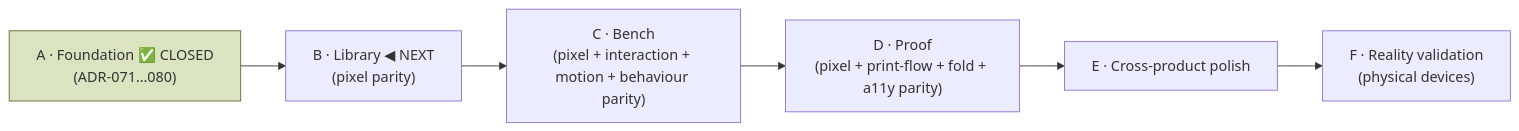
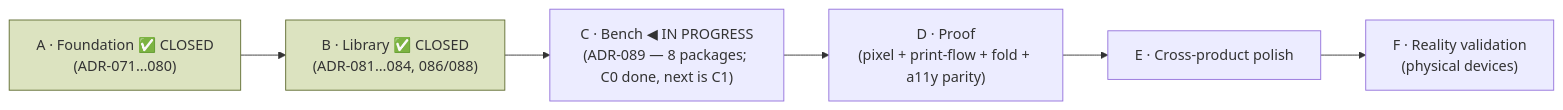
The diagram in docs/COMPOSE-V2-ROADMAP.md (aritr-codes/zinely-android), drawn with Mermaid before and after one commit. The commit also changed other lines of this file and 5 other files, not shown here.

First line of the commit message:
docs(bench): C0 — the corpus stops contradicting its own freeze (ADR-089, D-001/D-010)

````diff
--- a/docs/COMPOSE-V2-ROADMAP.md
+++ b/docs/COMPOSE-V2-ROADMAP.md
@@ -34,9 +34,10 @@
 ```mermaid
 flowchart LR
-    A["A · Foundation ✅ CLOSED\n(ADR-071…080)"] --> B["B · Library ◀ NEXT\n(pixel parity)"]
-    B --> C["C · Bench\n(pixel + interaction + motion + behaviour parity)"]
+    A["A · Foundation ✅ CLOSED\n(ADR-071…080)"] --> B["B · Library ✅ CLOSED\n(ADR-081…084, 086/088)"]
+    B --> C["C · Bench ◀ IN PROGRESS\n(ADR-089 — 8 packages; C0 done, next is C1)"]
     C --> D["D · Proof\n(pixel + print-flow + fold + a11y parity)"]
     D --> E["E · Cross-product polish"]
     E --> F["F · Reality validation\n(physical devices)"]
     style A fill:#DCE3C0,stroke:#5E6B2F
+    style B fill:#DCE3C0,stroke:#5E6B2F
 ```
````
